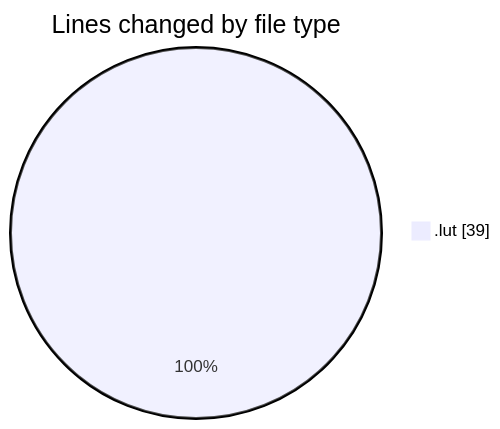
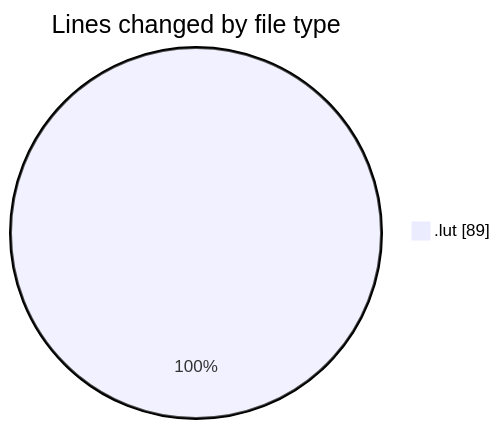
Before and after one commit to Netris89/code-tracking: the first of 2 diagrams in 2025-08-26/data/README.md, drawn with Mermaid. The commit also changed other lines of this file and 1 other file, not shown here.

````diff
--- a/2025-08-26/data/README.md
+++ b/2025-08-26/data/README.md
@@ -20,5 +20,5 @@
 ```mermaid
 pie showData
 title Lines changed by file type
-".lut" : 39
+".lut" : 89
 ```
````
